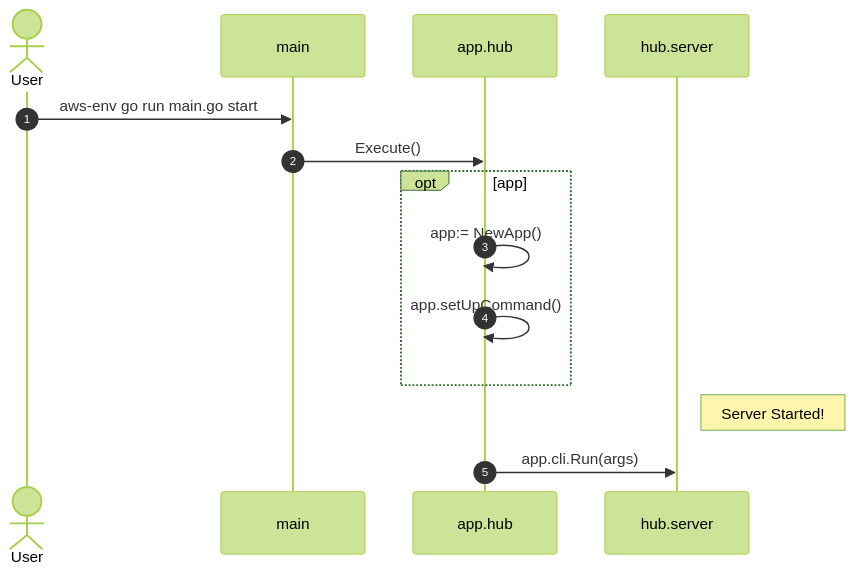
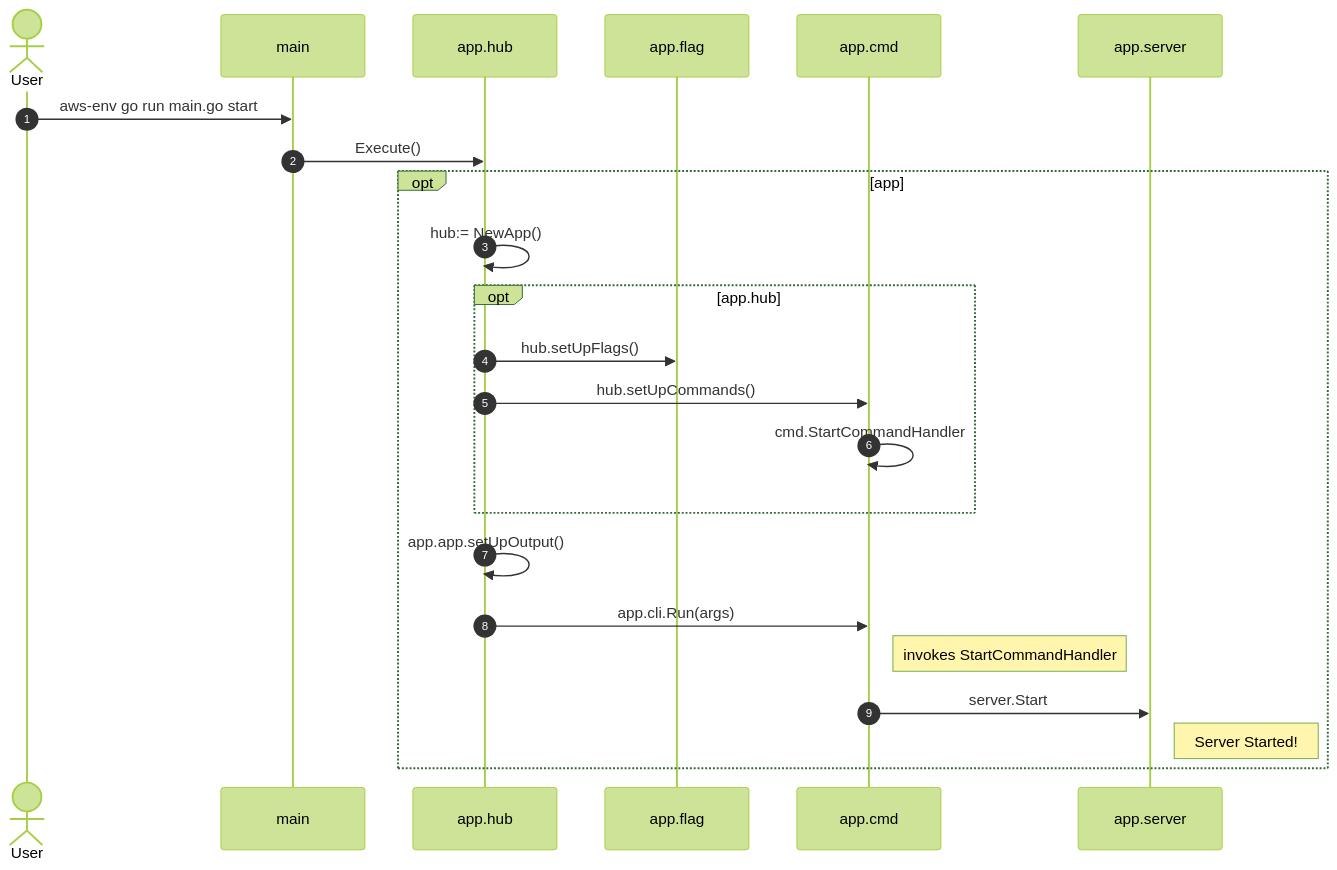
The diagram in docs/flow.md (rajasoun/aws-hub), drawn with Mermaid (forest theme) before and after one commit. The commit also changed other lines of this file and 1 other file, not shown here.

Commit message:
docs(flow): application flow

````diff
--- a/docs/flow.md
+++ b/docs/flow.md
@@ -3,13 +15,20 @@
 ```mermaid
 sequenceDiagram
     autonumber
     actor User
     User->>main : aws-env go run main.go start 
     main->>app.hub: Execute()
     opt app
-        app.hub->>app.hub: app:= NewApp()
-        app.hub->>app.hub: app.setUpCommand()
+        app.hub->>app.hub: hub:= NewApp()
+        opt app.hub
+            app.hub->>app.flag:hub.setUpFlags()
+            app.hub->>app.cmd: hub.setUpCommands() 
+            app.cmd->>app.cmd: cmd.StartCommandHandler
+        end
+        app.hub->>app.hub: app.app.setUpOutput()
+        app.hub->>app.cmd: app.cli.Run(args)  
+        Note right of app.cmd: invokes StartCommandHandler
+        app.cmd->>app.server: server.Start
+         Note right of app.server: Server Started! 
     end
-    Note right of hub.server: Server Started!
-    app.hub->>hub.server: app.cli.Run(args)   
 ```
````
